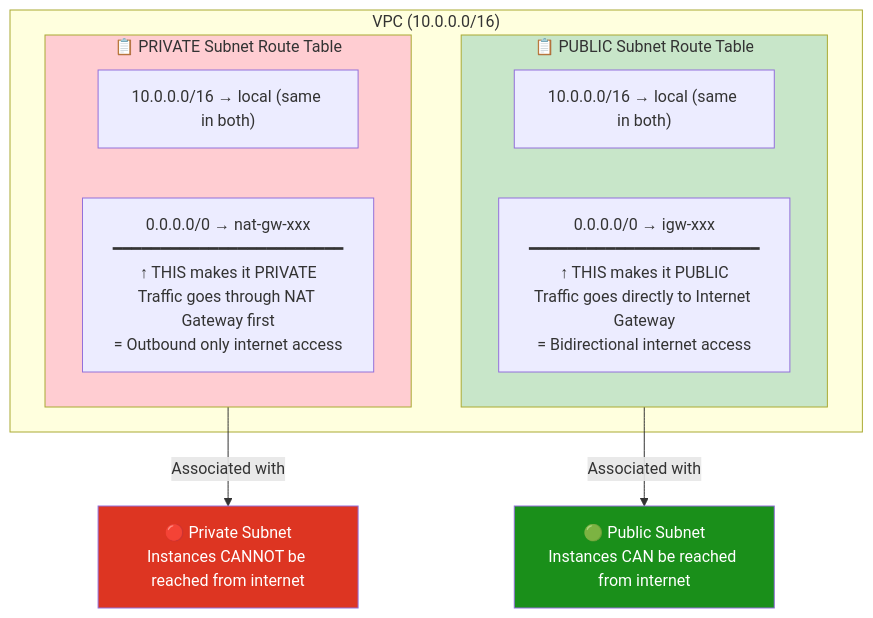
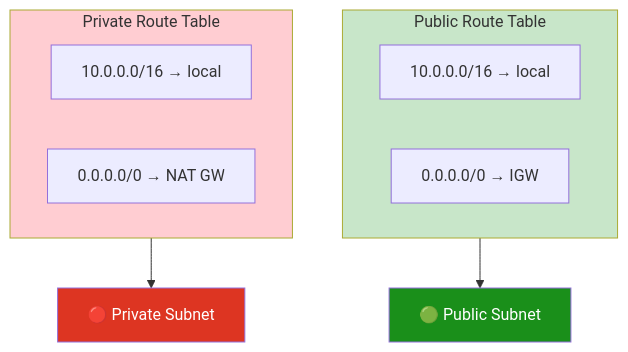
One commit to selvakumarperumal/AWS_Provisioning_with_Terraform changed the sixth of 17 diagrams in 05-nat-gateway/README.md. Above: the diagram before and after it, drawn with Mermaid. The commit also changed other lines of this file, not shown here.

Commit message:
docs: nat updated again

````diff
--- a/05-nat-gateway/README.md
+++ b/05-nat-gateway/README.md
@@ -199,22 +195,20 @@
 ```mermaid
 graph TB
-    subgraph VPC_RT["VPC (10.0.0.0/16)"]
-        subgraph PubRT2["📋 PUBLIC Subnet Route Table"]
-            PR1["10.0.0.0/16 → local (same in both)"]
-            PR2["0.0.0.0/0 → igw-xxx\n━━━━━━━━━━━━━━━━━━━━━━━━\n↑ THIS makes it PUBLIC\nTraffic goes directly to Internet Gateway\n= Bidirectional internet access"]
-        end
-
-        subgraph PrivRT2["📋 PRIVATE Subnet Route Table"]
-            PP1["10.0.0.0/16 → local (same in both)"]
-            PP2["0.0.0.0/0 → nat-gw-xxx\n━━━━━━━━━━━━━━━━━━━━━━━━\n↑ THIS makes it PRIVATE\nTraffic goes through NAT Gateway first\n= Outbound only internet access"]
-        end
+    subgraph PubRT2["Public Route Table"]
+        PR1["10.0.0.0/16 → local"]
+        PR2["0.0.0.0/0 → IGW"]
     end
 
-    PubRT2 -->|"Associated with"| PubSub2["🟢 Public Subnet\nInstances CAN be reached from internet"]
-    PrivRT2 -->|"Associated with"| PrivSub2["🔴 Private Subnet\nInstances CANNOT be reached from internet"]
+    subgraph PrivRT2["Private Route Table"]
+        PP1["10.0.0.0/16 → local"]
+        PP2["0.0.0.0/0 → NAT GW"]
+    end
+
+    PubRT2 --> PubSub2["🟢 Public Subnet"]
+    PrivRT2 --> PrivSub2["🔴 Private Subnet"]
 
     style PubRT2 fill:#c8e6c9
     style PrivRT2 fill:#ffcdd2
     style PubSub2 fill:#1a8f1a,color:#fff
     style PrivSub2 fill:#dd3522,color:#fff
 ```
````
